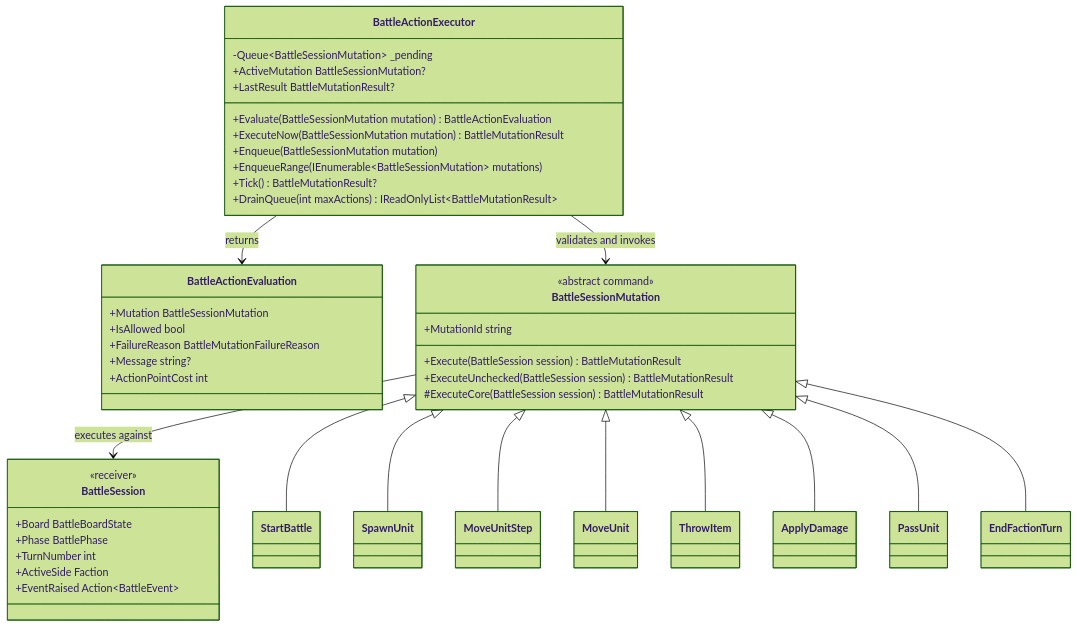
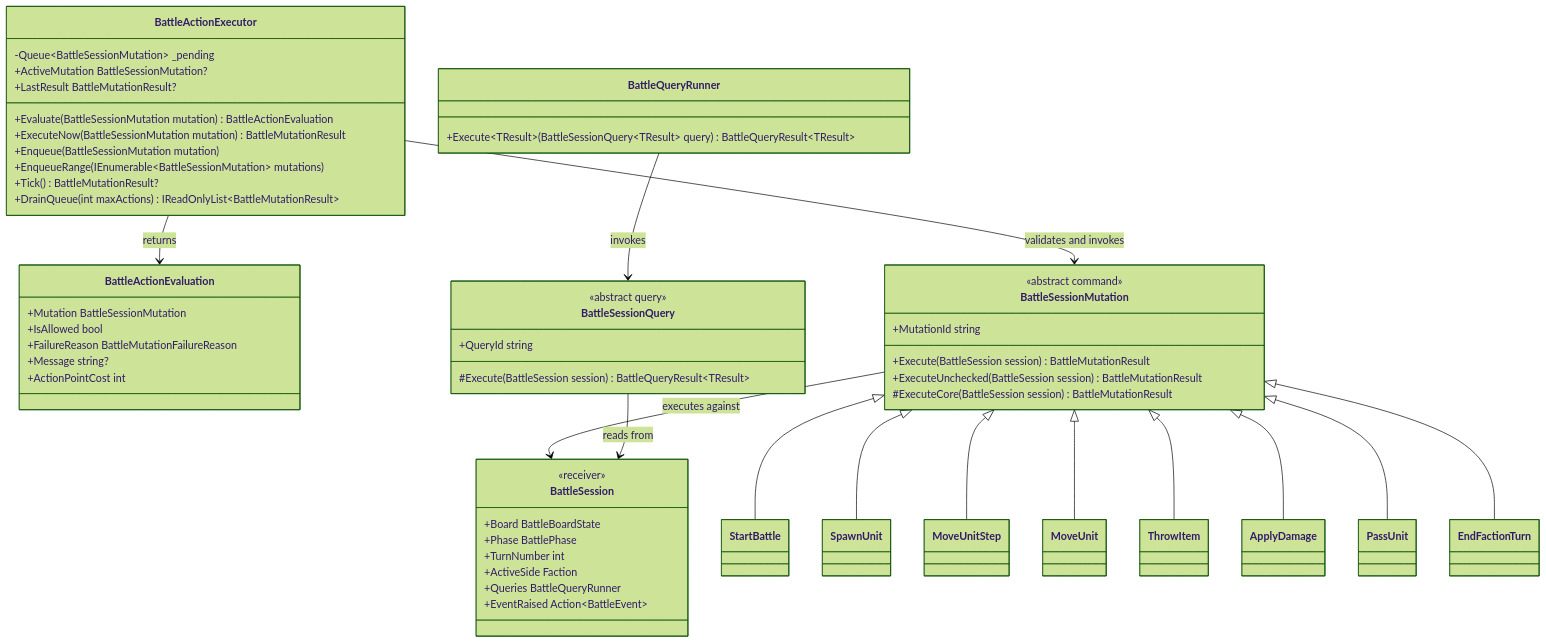
One commit to smallp-o-p/fun-project changed the diagram in docs/battle-session-command-pattern.md. Above: the diagram before and after it, drawn with Mermaid (forest theme). The commit also changed other lines of this file and 16 other files, not shown here.

Commit message:
Implement battle session query system

````diff
--- a/docs/battle-session-command-pattern.md
+++ b/docs/battle-session-command-pattern.md
@@ -27,60 +30,73 @@
 ```mermaid
 classDiagram
     class BattleActionExecutor {
         -Queue~BattleSessionMutation~ _pending
         +Evaluate(BattleSessionMutation mutation) BattleActionEvaluation
         +ExecuteNow(BattleSessionMutation mutation) BattleMutationResult
         +Enqueue(BattleSessionMutation mutation)
         +EnqueueRange(IEnumerable~BattleSessionMutation~ mutations)
         +Tick() BattleMutationResult?
         +DrainQueue(int maxActions) IReadOnlyList~BattleMutationResult~
         +ActiveMutation BattleSessionMutation?
         +LastResult BattleMutationResult?
     }
 
     class BattleActionEvaluation {
         +Mutation BattleSessionMutation
         +IsAllowed bool
         +FailureReason BattleMutationFailureReason
         +Message string?
         +ActionPointCost int
     }
 
     class BattleSession {
         +Board BattleBoardState
         +Phase BattlePhase
         +TurnNumber int
         +ActiveSide Faction
+        +Queries BattleQueryRunner
         +EventRaised Action~BattleEvent~
         <<receiver>>
     }
 
     class BattleSessionMutation {
         <<abstract command>>
         +MutationId string
         +Execute(BattleSession session) BattleMutationResult
         +ExecuteUnchecked(BattleSession session) BattleMutationResult
         #ExecuteCore(BattleSession session) BattleMutationResult
+    }
+
+    class BattleQueryRunner {
+        +Execute~TResult~(BattleSessionQuery~TResult~ query) BattleQueryResult~TResult~
+    }
+
+    class BattleSessionQuery {
+        <<abstract query>>
+        +QueryId string
+        #Execute(BattleSession session) BattleQueryResult~TResult~
     }
 
     class StartBattle
     class SpawnUnit
     class MoveUnitStep
     class MoveUnit
     class ThrowItem
     class ApplyDamage
     class PassUnit
     class EndFactionTurn
 
     BattleActionExecutor --> BattleActionEvaluation : returns
     BattleActionExecutor --> BattleSessionMutation : validates and invokes
     BattleSessionMutation --> BattleSession : executes against
+    BattleQueryRunner --> BattleSessionQuery : invokes
+    BattleSessionQuery --> BattleSession : reads from
     BattleSessionMutation <|-- StartBattle
     BattleSessionMutation <|-- SpawnUnit
     BattleSessionMutation <|-- MoveUnitStep
     BattleSessionMutation <|-- MoveUnit
     BattleSessionMutation <|-- ThrowItem
     BattleSessionMutation <|-- ApplyDamage
     BattleSessionMutation <|-- PassUnit
     BattleSessionMutation <|-- EndFactionTurn
 ```
````
